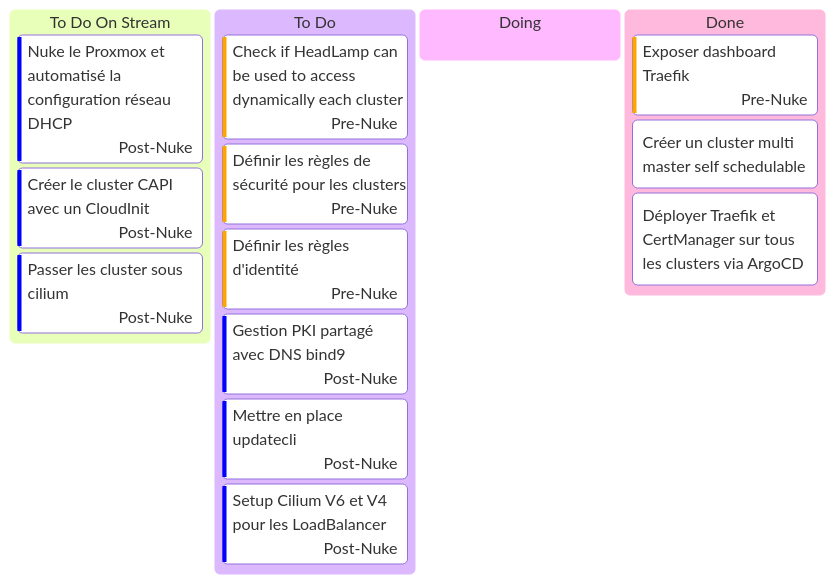
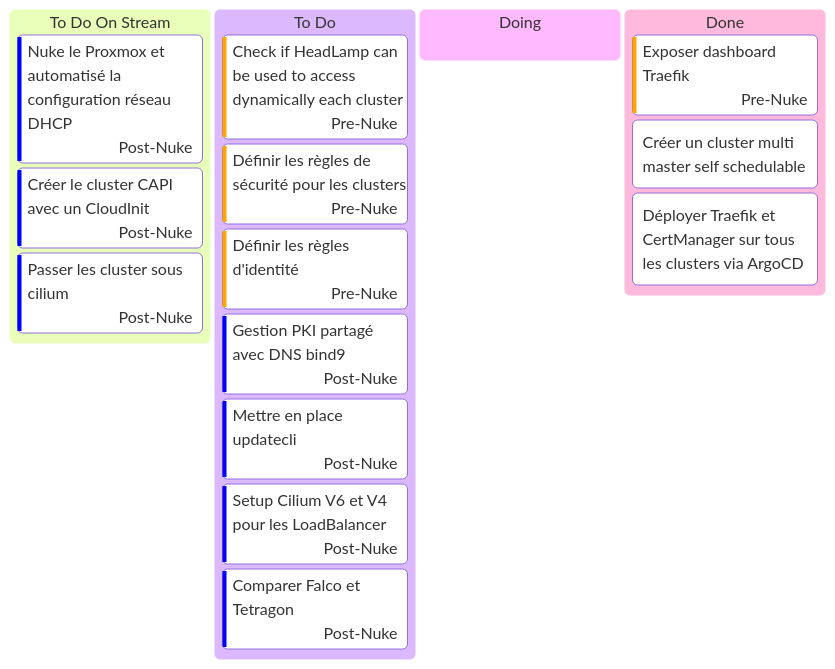
One commit to batleforc/weebo-si changed the diagram in docs/0.introduction/kanban.md. Above: the diagram before and after it, drawn with Mermaid. The commit also changed 4 other files, not shown here.

````diff
--- a/docs/0.introduction/kanban.md
+++ b/docs/0.introduction/kanban.md
@@ -3,25 +3,26 @@
 ```mermaid
 ---
 config:
   kanban:
     ticketBaseUrl: 'https://github.com/batleforc/weebo-si/issue/#TICKET#'
 ---
 
 kanban
   todoS[To Do On Stream]
     us4[Nuke le Proxmox et automatisé la configuration réseau DHCP]@{ assigned: Post-Nuke, priority: 'Low'}
     us5[Créer le cluster CAPI avec un CloudInit]@{ assigned: Post-Nuke, priority: 'Low'}
     us6[Passer les cluster sous cilium]@{ assigned: Post-Nuke, priority: 'Low'}
   todo[To Do]
     use8[Check if HeadLamp can be used to access dynamically each cluster]@{ assigned: Pre-Nuke, priority: 'High'}
     us3[Définir les règles de sécurité pour les clusters]@{ assigned: Pre-Nuke, priority: 'High'}
     us8[Définir les règles d'identité]@{ assigned: Pre-Nuke, priority: 'High'}
     us7[Gestion PKI partagé avec DNS bind9]@{ assigned: Post-Nuke, priority: 'Low'}
     us9[Mettre en place updatecli]@{ assigned: Post-Nuke, priority: 'Low'}
     use10[Setup Cilium V6 et V4 pour les LoadBalancer]@{ assigned: Post-Nuke, priority: 'Low'}
+    us11[Comparer Falco et Tetragon]@{ assigned: Post-Nuke, priority: 'Low'}
   doing[Doing]
   done[Done]
     us7[Exposer dashboard Traefik]@{ assigned: Pre-Nuke, priority: 'High'}
     us1[Créer un cluster multi master self schedulable]
     us2[Déployer Traefik et CertManager sur tous les clusters via ArgoCD]
 ```
````
